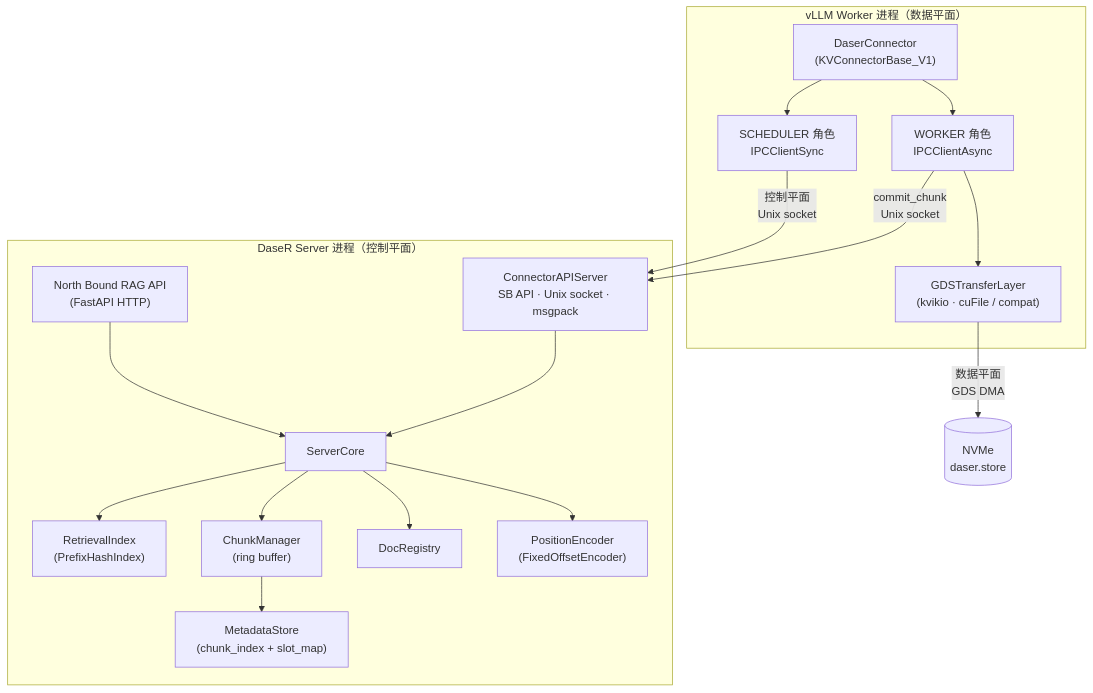
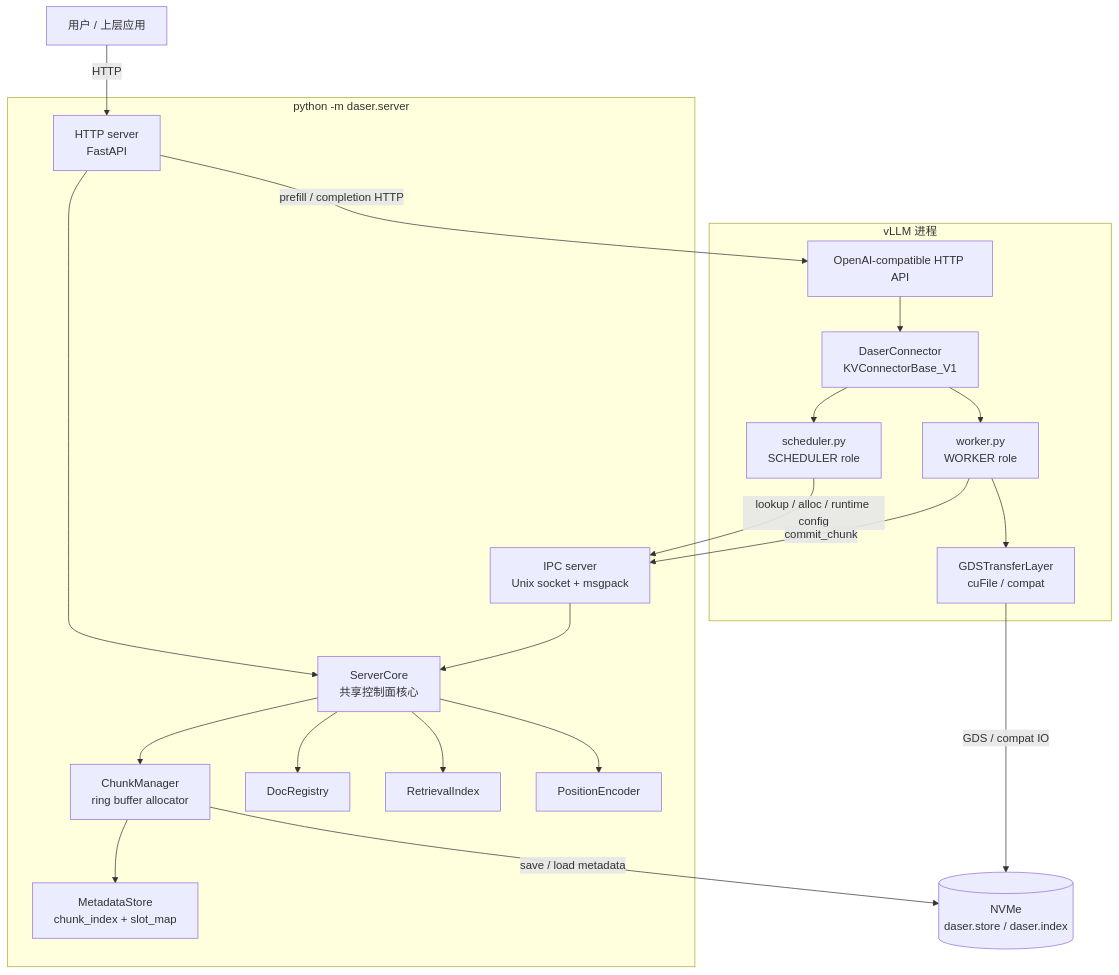
One commit to GentleCold/DaseR changed the first of 2 diagrams in docs/design/architecture.md. Above: the diagram before and after it, drawn with Mermaid. The commit also changed other lines of this file and 53 other files, not shown here.

First line of the commit message:
refactor(server): align server layout and connector startup (#41)

````diff
--- a/docs/design/architecture.md
+++ b/docs/design/architecture.md
@@ -11,36 +11,45 @@
 ```mermaid
-graph TD
-    subgraph vllm["vLLM Worker 进程（数据平面）"]
-        DC["DaserConnector\n(KVConnectorBase_V1)"]
-        SCHED["SCHEDULER 角色\nIPCClientSync"]
-        WORKER["WORKER 角色\nIPCClientAsync"]
-        GDS["GDSTransferLayer\n(kvikio · cuFile / compat)"]
+graph TB
+    User["用户 / 上层应用"]
+
+    subgraph server["python -m daser.server"]
+        HTTP["HTTP server<br/>FastAPI"]
+        IPC["IPC server<br/>Unix socket + msgpack"]
+        CORE["ServerCore<br/>共享控制面核心"]
+        CM["ChunkManager<br/>ring buffer allocator"]
+        MS["MetadataStore<br/>chunk_index + slot_map"]
+        DR["DocRegistry"]
+        RI["RetrievalIndex"]
+        PE["PositionEncoder"]
+
+        HTTP --> CORE
+        IPC --> CORE
+        CORE --> CM
+        CORE --> DR
+        CORE --> RI
+        CORE --> PE
+        CM --> MS
+    end
+
+    subgraph vllm["vLLM 进程"]
+        VAPI["OpenAI-compatible HTTP API"]
+        DC["DaserConnector<br/>KVConnectorBase_V1"]
+        SCHED["scheduler.py<br/>SCHEDULER role"]
+        WORKER["worker.py<br/>WORKER role"]
+        GDS["GDSTransferLayer<br/>cuFile / compat"]
+
+        VAPI --> DC
         DC --> SCHED
         DC --> WORKER
         WORKER --> GDS
     end
 
-    subgraph server["DaseR Server 进程（控制平面）"]
-        NB["North Bound RAG API\n(FastAPI HTTP)"]
-        CORE["ServerCore"]
-        IPC["ConnectorAPIServer\nSB API · Unix socket · msgpack"]
-        RI["RetrievalIndex\n(PrefixHashIndex)"]
-        CM["ChunkManager\n(ring buffer)"]
-        MS["MetadataStore\n(chunk_index + slot_map)"]
-        DR["DocRegistry"]
-        PE["PositionEncoder\n(FixedOffsetEncoder)"]
-        NB --> CORE
-        IPC --> CORE
-        CORE --> RI
-        CORE --> CM
-        CORE --> DR
-        CORE --> PE
-        CM --> MS
-    end
+    NVMe[("NVMe<br/>daser.store / daser.index")]
 
-    NVMe[("NVMe\ndaser.store")]
-
-    SCHED -- "控制平面\nUnix socket" --> IPC
-    WORKER -- "commit_chunk\nUnix socket" --> IPC
-    GDS -- "数据平面\nGDS DMA" --> NVMe
+    User -- "HTTP" --> HTTP
+    HTTP -- "prefill / completion HTTP" --> VAPI
+    SCHED -- "lookup / alloc / runtime config" --> IPC
+    WORKER -- "commit_chunk" --> IPC
+    GDS -- "GDS / compat IO" --> NVMe
+    CM -- "save / load metadata" --> NVMe
 ```
````
